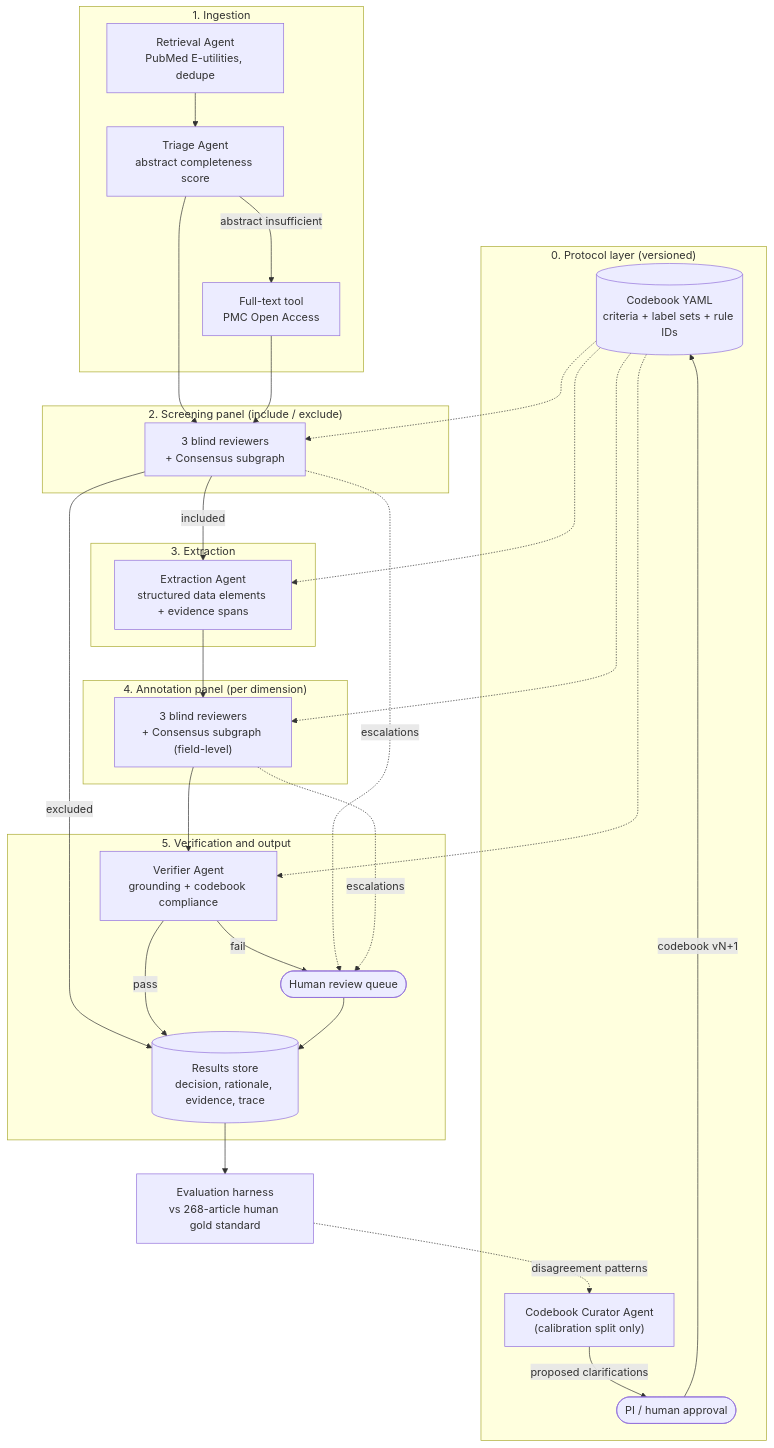
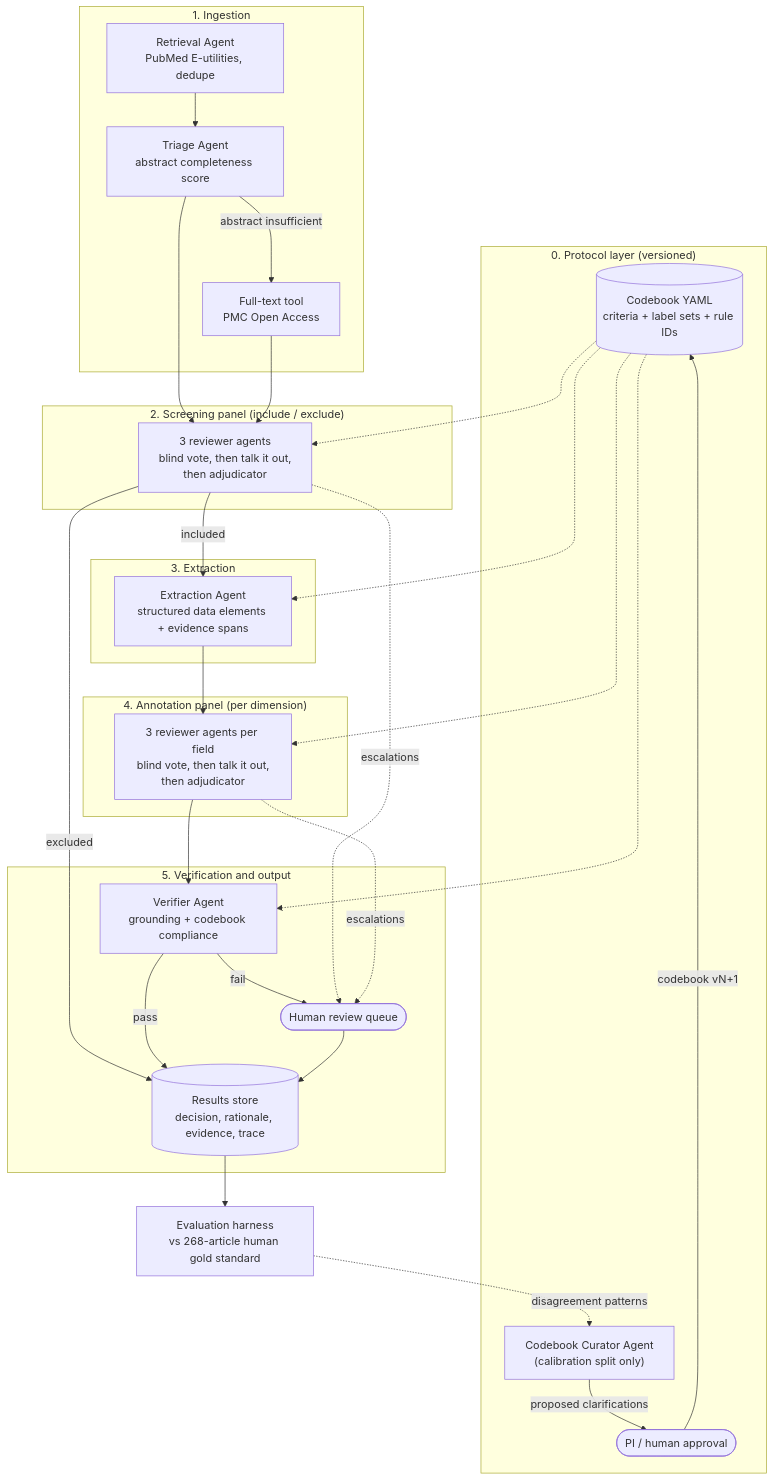
The first of 4 diagrams in docs/ARCHITECTURE.md (iUtsa/adrd-multiagent-review), drawn with Mermaid before and after one commit. The commit also changed other lines of this file and 3 other files, not shown here.

````diff
--- a/docs/ARCHITECTURE.md
+++ b/docs/ARCHITECTURE.md
@@ -38,49 +38,49 @@
 ```mermaid
 flowchart TB
     subgraph P0["0. Protocol layer (versioned)"]
         CB[("Codebook YAML<br/>criteria + label sets + rule IDs")]
         CUR["Codebook Curator Agent<br/>(calibration split only)"]
         PI(["PI / human approval"])
         CUR -->|proposed clarifications| PI -->|codebook vN+1| CB
     end
 
     subgraph P1["1. Ingestion"]
         RET["Retrieval Agent<br/>PubMed E-utilities, dedupe"]
         TRI["Triage Agent<br/>abstract completeness score"]
         FT["Full-text tool<br/>PMC Open Access"]
         RET --> TRI
         TRI -->|abstract insufficient| FT
     end
 
     subgraph P2["2. Screening panel (include / exclude)"]
-        SP["3 blind reviewers<br/>+ Consensus subgraph"]
+        SP["3 reviewer agents<br/>blind vote, then talk it out,<br/>then adjudicator"]
     end
 
     subgraph P3["3. Extraction"]
         EX["Extraction Agent<br/>structured data elements + evidence spans"]
     end
 
     subgraph P4["4. Annotation panel (per dimension)"]
-        AP["3 blind reviewers<br/>+ Consensus subgraph (field-level)"]
+        AP["3 reviewer agents per field<br/>blind vote, then talk it out,<br/>then adjudicator"]
     end
 
     subgraph P5["5. Verification and output"]
         VER["Verifier Agent<br/>grounding + codebook compliance"]
         HQ(["Human review queue"])
         DB[("Results store<br/>decision, rationale, evidence, trace")]
     end
 
     EVAL["Evaluation harness<br/>vs 268-article human gold standard"]
 
     TRI --> SP
     FT --> SP
     SP -->|excluded| DB
     SP -->|included| EX --> AP --> VER
     VER -->|pass| DB
     VER -->|fail| HQ --> DB
     SP -. escalations .-> HQ
     AP -. escalations .-> HQ
     DB --> EVAL
     CB -.-> SP & EX & AP & VER
     EVAL -. disagreement patterns .-> CUR
 ```
````
